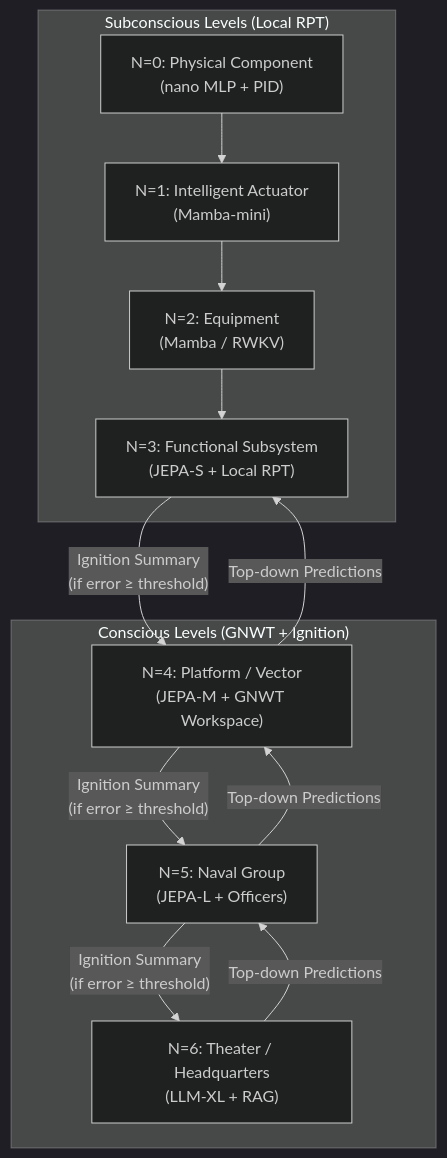
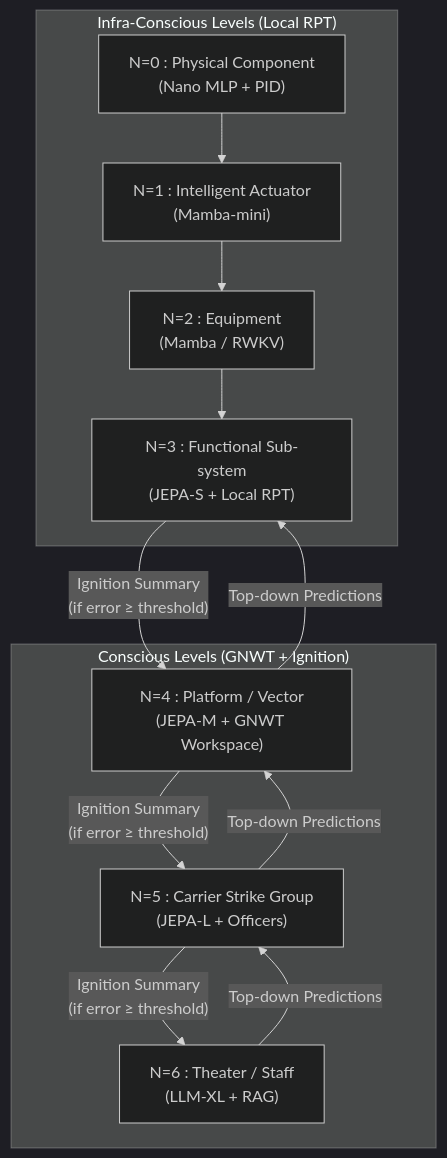
The third of 8 diagrams in architecture/architecture.md (AlainCo/GNWT-Garrigue-X-en), drawn with Mermaid (dark theme) before and after one commit. The commit also changed other lines of this file and 31 other files, not shown here.

````diff
--- a/architecture/architecture.md
+++ b/architecture/architecture.md
@@ -32,24 +31,24 @@
 ```mermaid
 flowchart TD
-    subgraph N0to3 ["Subconscious Levels (Local RPT)"]
-        N0["N=0: Physical Component\n(nano MLP + PID)"]
-        N1["N=1: Intelligent Actuator\n(Mamba-mini)"]
-        N2["N=2: Equipment\n(Mamba / RWKV)"]
-        N3["N=3: Functional Subsystem\n(JEPA-S + Local RPT)"]
+    subgraph N0to3 ["Infra-Conscious Levels (Local RPT)"]
+        N0["N=0 : Physical Component\n(Nano MLP + PID)"]
+        N1["N=1 : Intelligent Actuator\n(Mamba-mini)"]
+        N2["N=2 : Equipment\n(Mamba / RWKV)"]
+        N3["N=3 : Functional Sub-system\n(JEPA-S + Local RPT)"]
     end
 
     subgraph N4to6 ["Conscious Levels (GNWT + Ignition)"]
-        N4["N=4: Platform / Vector\n(JEPA-M + GNWT Workspace)"]
-        N5["N=5: Naval Group\n(JEPA-L + Officers)"]
-        N6["N=6: Theater / Headquarters\n(LLM-XL + RAG)"]
+        N4["N=4 : Platform / Vector\n(JEPA-M + GNWT Workspace)"]
+        N5["N=5 : Carrier Strike Group\n(JEPA-L + Officers)"]
+        N6["N=6 : Theater / Staff\n(LLM-XL + RAG)"]
     end
 
     N0 --> N1 --> N2 --> N3
     N3 -->|"Ignition Summary\n(if error ≥ threshold)"| N4
     N4 -->|"Ignition Summary\n(if error ≥ threshold)"| N5
     N5 -->|"Ignition Summary\n(if error ≥ threshold)"| N6
 
     N6 -->|"Top-down Predictions"| N5
     N5 -->|"Top-down Predictions"| N4
     N4 -->|"Top-down Predictions"| N3
 ```
````
